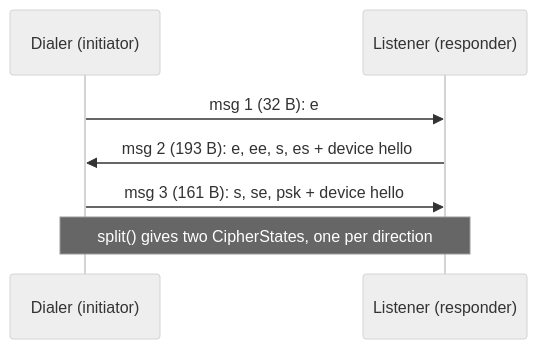
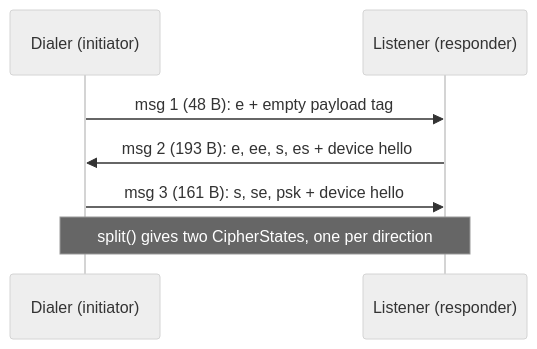
One commit to highercomve/nomadfs changed the diagram in learning/net/transport/noise.md. Above: the diagram before and after it, drawn with Mermaid (neutral theme). The commit also changed other lines of this file and 81 other files, not shown here.

````diff
--- a/learning/net/transport/noise.md
+++ b/learning/net/transport/noise.md
@@ -46,9 +49,9 @@
 ```mermaid
 sequenceDiagram
     participant I as Dialer (initiator)
     participant R as Listener (responder)
-    I->>R: msg 1 (32 B): e
+    I->>R: msg 1 (48 B): e + empty payload tag
     R->>I: msg 2 (193 B): e, ee, s, es + device hello
     I->>R: msg 3 (161 B): s, se, psk + device hello
     Note over I,R: split() gives two CipherStates, one per direction
 ```
````
